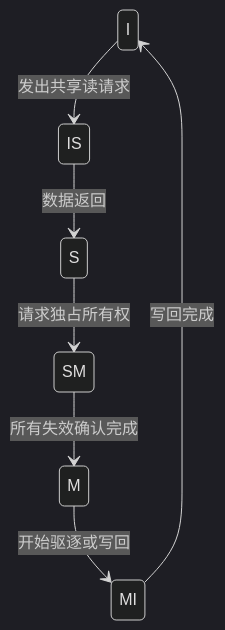
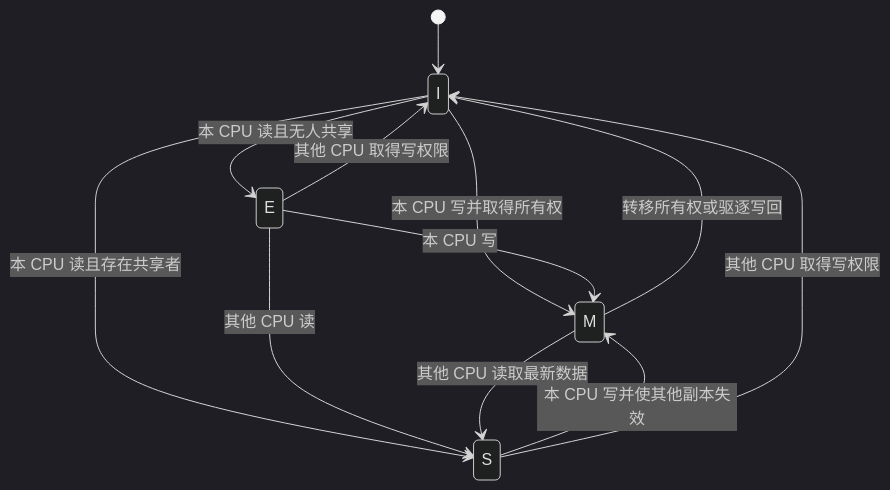
One commit to FormingSystem/linux_note changed the fifth of 9 diagrams in knowledge/foundations/computer_architecture/cache_coheren/内存一致性_MESI.md. Above: the diagram before and after it, drawn with Mermaid (dark theme). The commit also changed other lines of this file and 5 other files, not shown here.

````diff
--- a/knowledge/foundations/computer_architecture/cache_coheren/内存一致性_MESI.md
+++ b/knowledge/foundations/computer_architecture/cache_coheren/内存一致性_MESI.md
@@ -248,11 +234,18 @@
 ```mermaid
 stateDiagram-v2
-    I --> IS: 发出共享读请求
-    IS --> S: 数据返回
+    [*] --> I
 
-    S --> SM: 请求独占所有权
-    SM --> M: 所有失效确认完成
+    I --> E: 本 CPU 读且无人共享
+    I --> S: 本 CPU 读且存在共享者
+    I --> M: 本 CPU 写并取得所有权
 
-    M --> MI: 开始驱逐或写回
-    MI --> I: 写回完成
+    E --> M: 本 CPU 写
+    E --> S: 其他 CPU 读
+    E --> I: 其他 CPU 取得写权限
+
+    S --> M: 本 CPU 写并使其他副本失效
+    S --> I: 其他 CPU 取得写权限
+
+    M --> S: 其他 CPU 读取最新数据
+    M --> I: 转移所有权或驱逐写回
 ```
````
